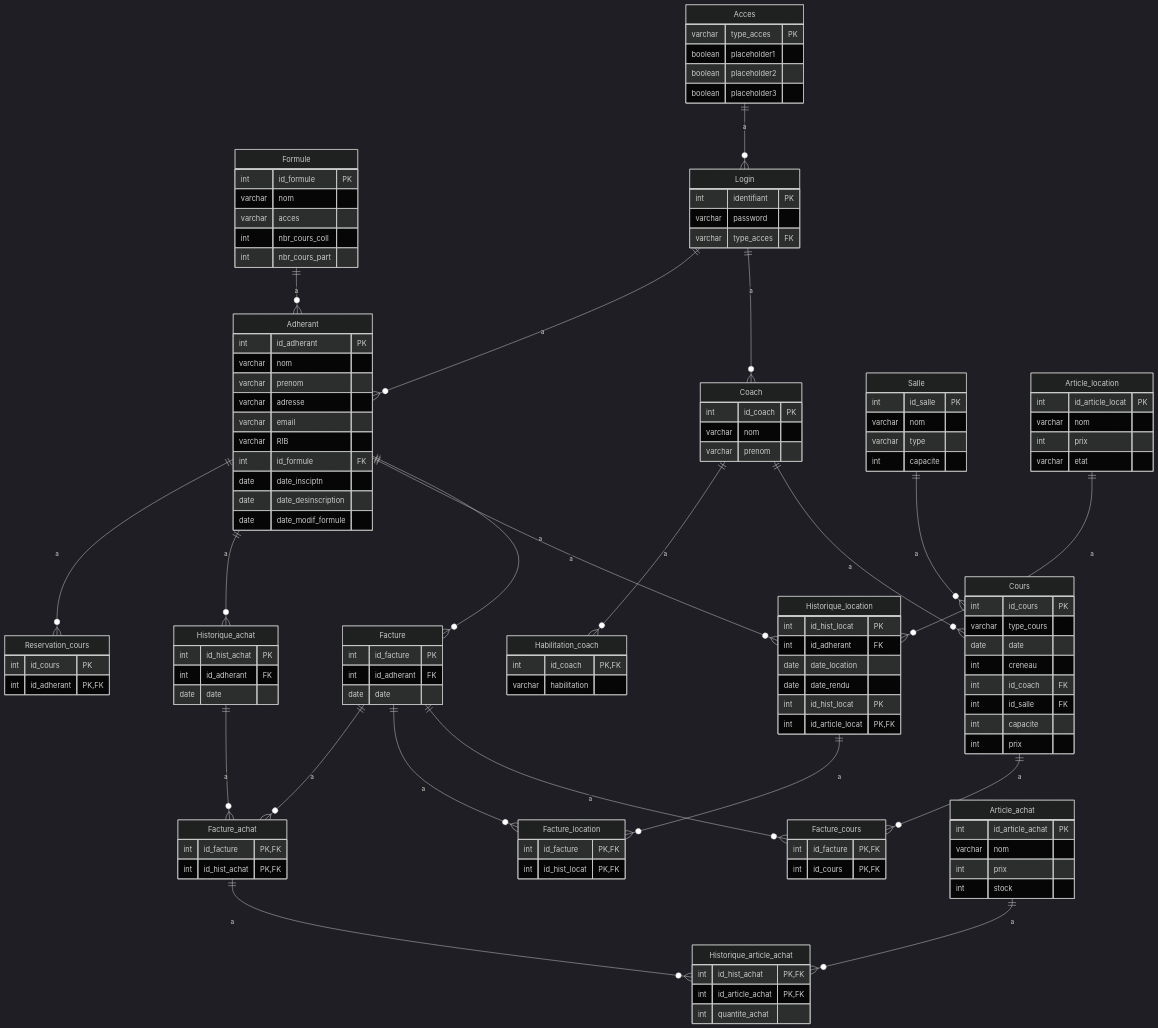
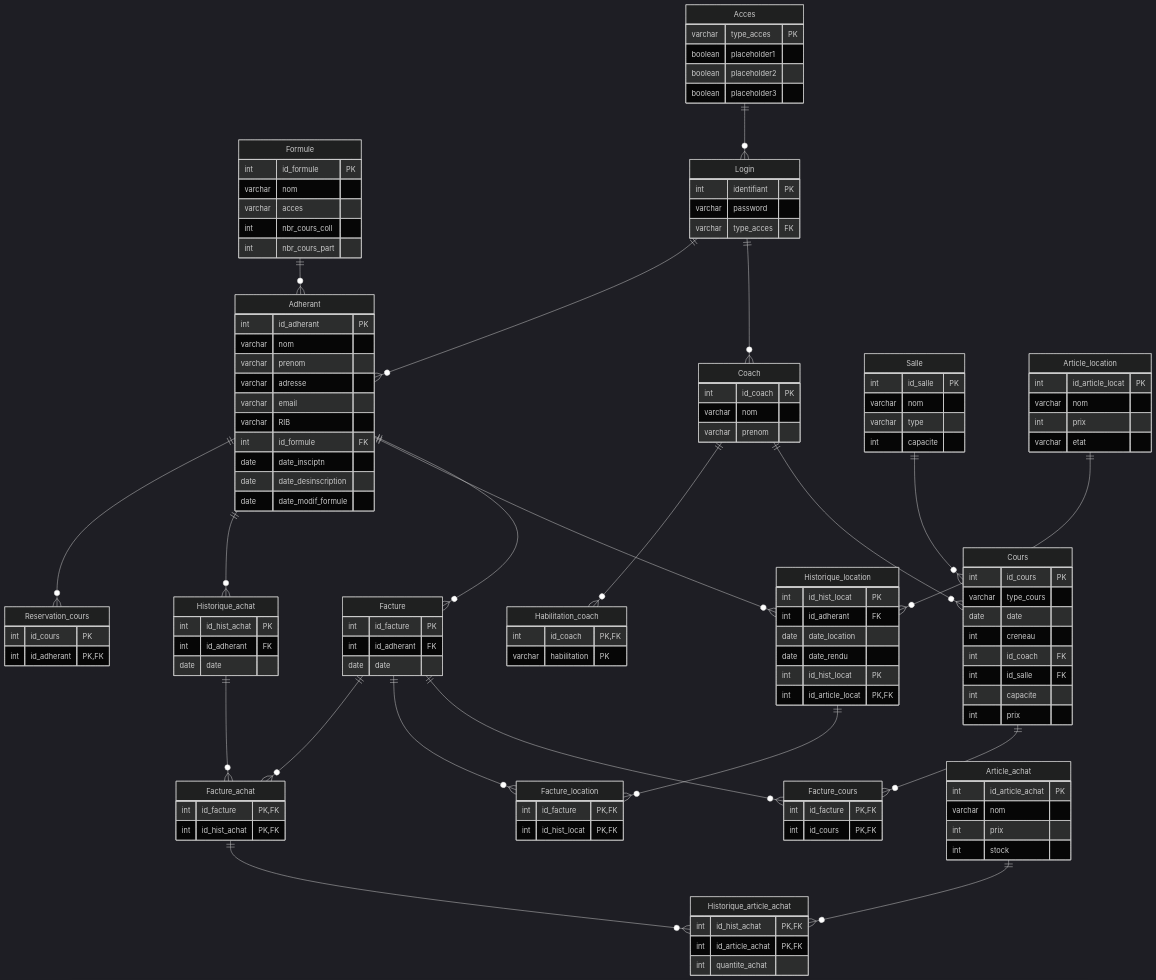
The second of 2 diagrams in L2/Modelisation_BDD/AMS/modelisation.md (strakss3/cours-CERI), drawn with Mermaid (dark theme) before and after one commit. The commit also changed other lines of this file and 2 other files, not shown here.

````diff
--- a/L2/Modelisation_BDD/AMS/modelisation.md
+++ b/L2/Modelisation_BDD/AMS/modelisation.md
@@ -174,9 +176,9 @@
 
     Habilitation_coach {
         int id_coach PK, FK
-        varchar habilitation
+        varchar habilitation PK
     }
-    Coach ||--o{ Habilitation_coach : a
+    Coach ||--o{ Habilitation_coach : ""
     
     Formule {
         int id_formule PK
@@ -198,28 +200,28 @@
         date date_desinscription
         date date_modif_formule
     }
-    Formule ||--o{ Adherant : a
-    Login ||--o{ Adherant : a
+    Formule ||--o{ Adherant : ""
+    Login ||--o{ Adherant : ""
 
     Reservation_cours {
         int id_cours PK
         int id_adherant PK, FK
     }
-    Adherant ||--o{ Reservation_cours : a
+    Adherant ||--o{ Reservation_cours : ""
 
     Historique_achat {
         int id_hist_achat PK
         int id_adherant FK
         date date
     }
-    Adherant ||--o{ Historique_achat : a
+    Adherant ||--o{ Historique_achat : ""
 
     Facture_achat {
         int id_facture PK, FK
         int id_hist_achat PK, FK
     }
-    Historique_achat ||--o{ Facture_achat : a
-    Facture ||--o{ Facture_achat : a
+    Historique_achat ||--o{ Facture_achat : ""
+    Facture ||--o{ Facture_achat : ""
 
     Historique_location {
         int id_hist_locat PK
@@ -227,21 +229,21 @@
         date date_location
         date date_rendu
     }
-    Adherant ||--o{ Historique_location : a
+    Adherant ||--o{ Historique_location : ""
 
     Facture_location {
         int id_facture PK, FK
         int id_hist_locat PK, FK
     }
-    Historique_location ||--o{ Facture_location : a
-    Facture ||--o{ Facture_location : a
+    Historique_location ||--o{ Facture_location : ""
+    Facture ||--o{ Facture_location : ""
 
     Coach {
         int id_coach PK
         varchar nom
         varchar prenom
     }
-    Login ||--o{ Coach : a
+    Login ||--o{ Coach : ""
 
     Salle {
         int id_salle PK
@@ -260,15 +262,15 @@
         int capacite
         int prix
     }
-    Coach ||--o{ Cours : a
-    Salle ||--o{ Cours : a
+    Coach ||--o{ Cours : ""
+    Salle ||--o{ Cours : ""
 
     Facture_cours {
         int id_facture PK, FK
         int id_cours PK, FK
     }
-    Cours ||--o{ Facture_cours : a
-    Facture ||--o{ Facture_cours : a
+    Cours ||--o{ Facture_cours : ""
+    Facture ||--o{ Facture_cours : ""
 
     Article_achat {
         int id_article_achat PK
@@ -282,8 +284,8 @@
         int id_article_achat PK, FK
         int quantite_achat
     }
-    Article_achat ||--o{ Historique_article_achat : a
-    Facture_achat ||--o{ Historique_article_achat : a
+    Article_achat ||--o{ Historique_article_achat : ""
+    Facture_achat ||--o{ Historique_article_achat : ""
 
     Article_location {
         int id_article_locat PK
@@ -296,7 +298,7 @@
         int id_hist_locat PK
         int id_article_locat PK, FK
     }
-    Article_location ||--o{ Historique_location : a
+    Article_location ||--o{ Historique_location : ""
 
     Acces {
         varchar type_acces PK
@@ -310,12 +312,12 @@
         varchar password
         varchar type_acces FK
     }
-    Acces ||--o{ Login : a
+    Acces ||--o{ Login : ""
 
     Facture {
         int id_facture PK 
         int id_adherant FK
         date date
     }
-    Adherant ||--o{ Facture : a
+    Adherant ||--o{ Facture : ""
 ```
````
